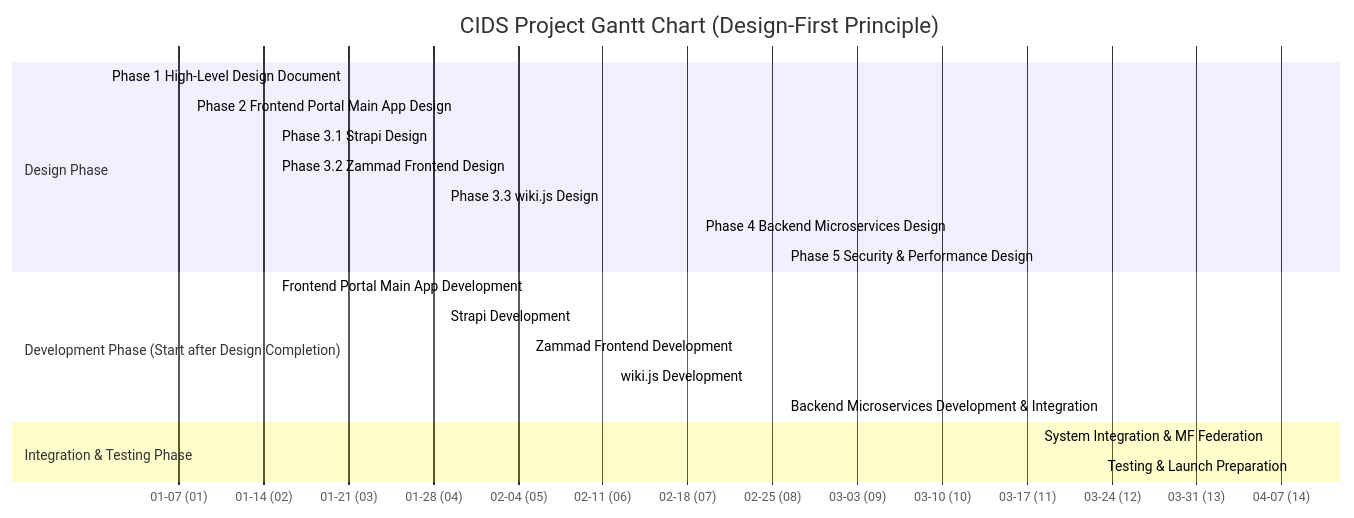
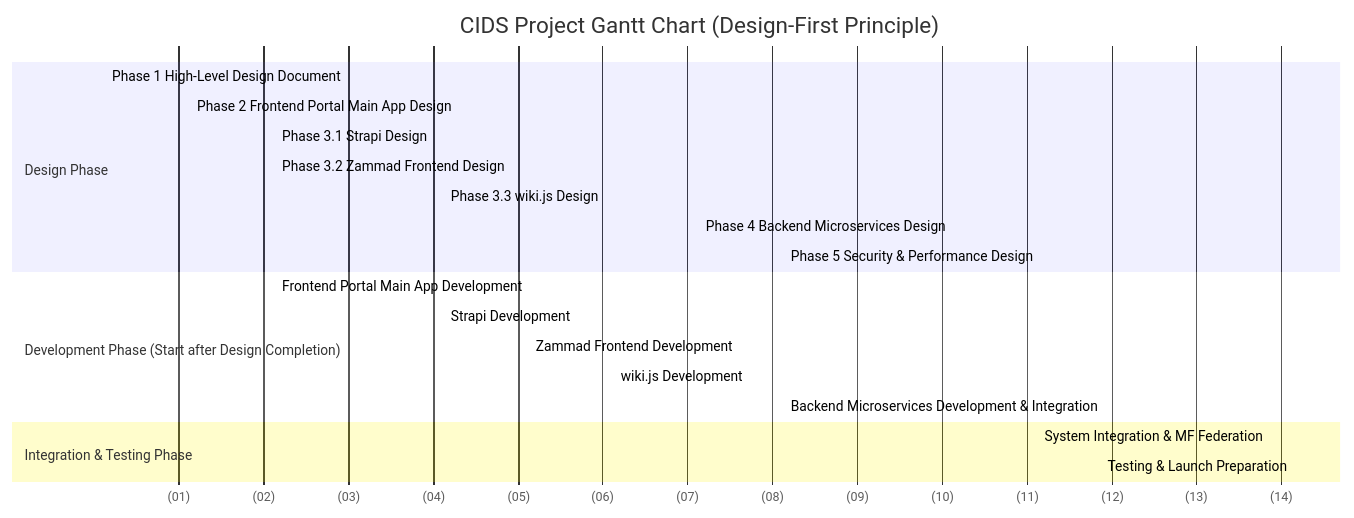
Before and after one commit to duofangxiangcai/iodraw-files: the diagram in all/未命名.md, drawn with Mermaid.

Commit message:
2025-12-09 17:22:10 update

````diff
--- a/all/未命名.md
+++ b/all/未命名.md
@@ -1,29 +1,29 @@
 ```mermaid
 gantt
     title CIDS Project Gantt Chart (Design-First Principle)
     dateFormat  YYYY-MM-DD
-    axisFormat  %m-%d (%W)  
+    axisFormat  (%W)  
     tickInterval 7          %// 每周一个刻度（更清晰）
 
 
     % 项目起始日期：第1周周一（可根据实际调整）
     section Design Phase
         Phase 1 High-Level Design Document       :done,    des1, 2024-01-01, 7d    % Week1 (1 week)
         Phase 2 Frontend Portal Main App Design :done,    des2, 2024-01-08, 7d    % Week2 (1 week)
         Phase 3.1 Strapi Design                 :active,  des31, 2024-01-15, 14d  % Week3-4 (2 weeks)
         Phase 3.2 Zammad Frontend Design        :         des32, 2024-01-15, 21d  % Week3-5 (3 weeks)
         Phase 3.3 wiki.js Design                :         des33, 2024-01-29, 21d  % Week4-6 (3 weeks)
         Phase 4 Backend Microservices Design    :         des4, 2024-02-19, 7d    % Week7 (1 week)
         Phase 5 Security & Performance Design   :         des5, 2024-02-26, 7d    % Week8 (1 week)
 
     section Development Phase (Start after Design Completion)
         Frontend Portal Main App Development     :         dev1, 2024-01-15, 35d  % Starts after Phase2 → Week3-7 (5 weeks)
         Strapi Development                        :         dev2, 2024-01-29, 35d  % Starts after Phase3.1 → Week5-9 (5 weeks)
         Zammad Frontend Development               :         dev3, 2024-02-05, 35d  % Starts after Phase3.2 → Week6-10 (5 weeks)
         wiki.js Development                        :         dev4, 2024-02-12, 35d  % Starts after Phase3.3 → Week7-11 (5 weeks)
         Backend Microservices Development & Integration : dev5, 2024-02-26, 42d  % Starts after Phase4 → Week8-13 (6 weeks)
 
     section Integration & Testing Phase
         System Integration & MF Federation       :         int1, 2024-03-18, 21d  % Week14-16 (3 weeks)
         Testing & Launch Preparation             :         test1, 2024-04-08, 7d  % Week17 (1 week)
 ```
````
